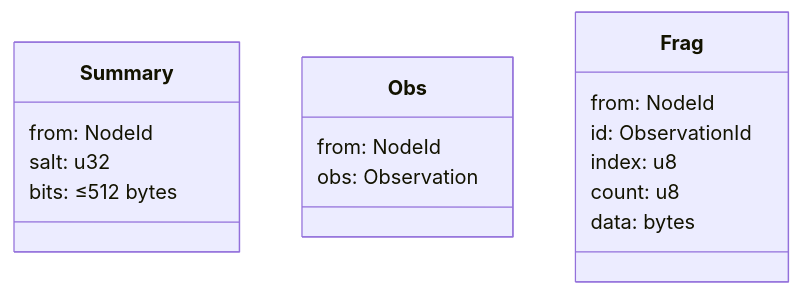
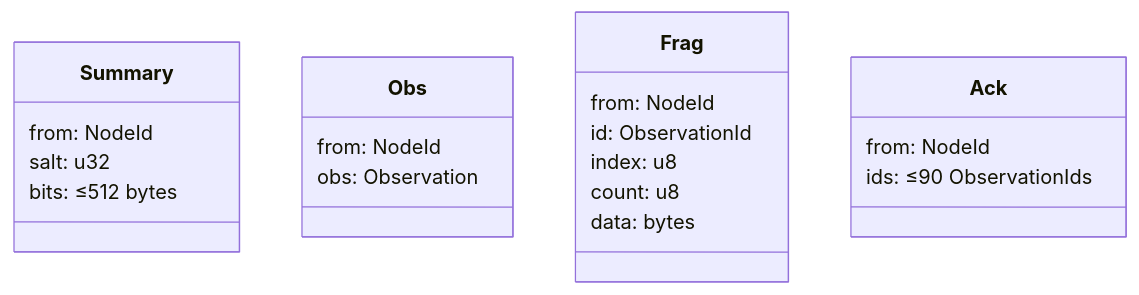
The third of 8 diagrams in README.md (kisom/tines), drawn with Mermaid before and after one commit. The commit also changed other lines of this file and 7 other files, not shown here.

````diff
--- a/README.md
+++ b/README.md
@@ -154,19 +161,23 @@
 ```mermaid
 classDiagram
     class Summary {
         from: NodeId
         salt: u32
         bits: ≤512 bytes
     }
     class Obs {
         from: NodeId
         obs: Observation
     }
     class Frag {
         from: NodeId
         id: ObservationId
         index: u8
         count: u8
         data: bytes
     }
+    class Ack {
+        from: NodeId
+        ids: ≤90 ObservationIds
+    }
 ```
````
